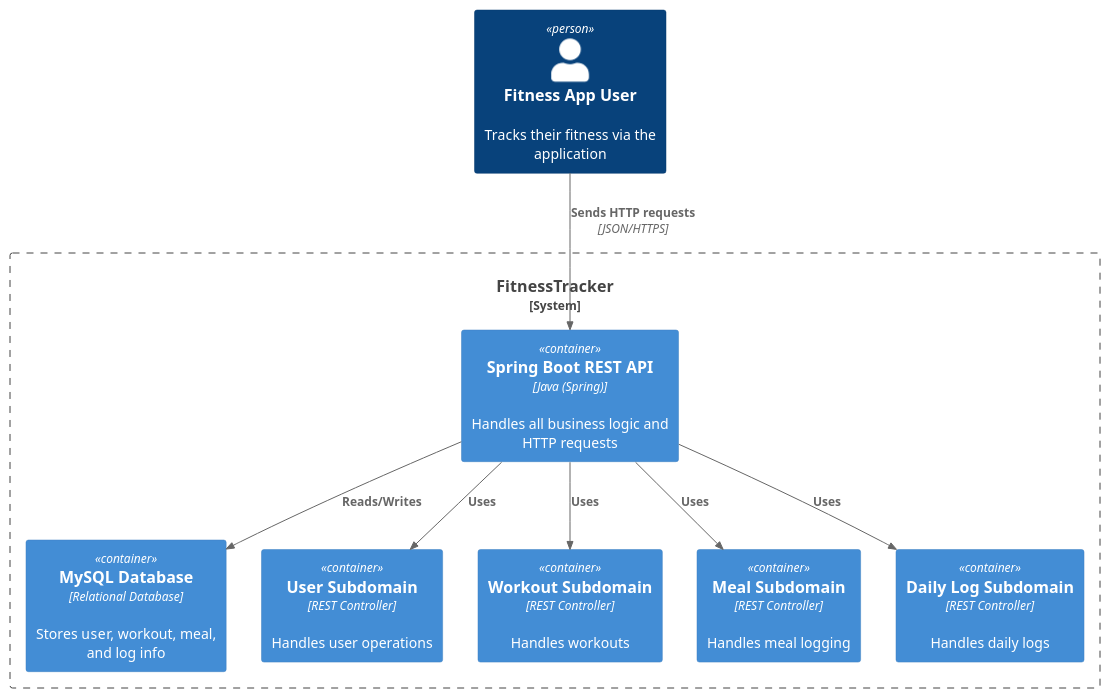
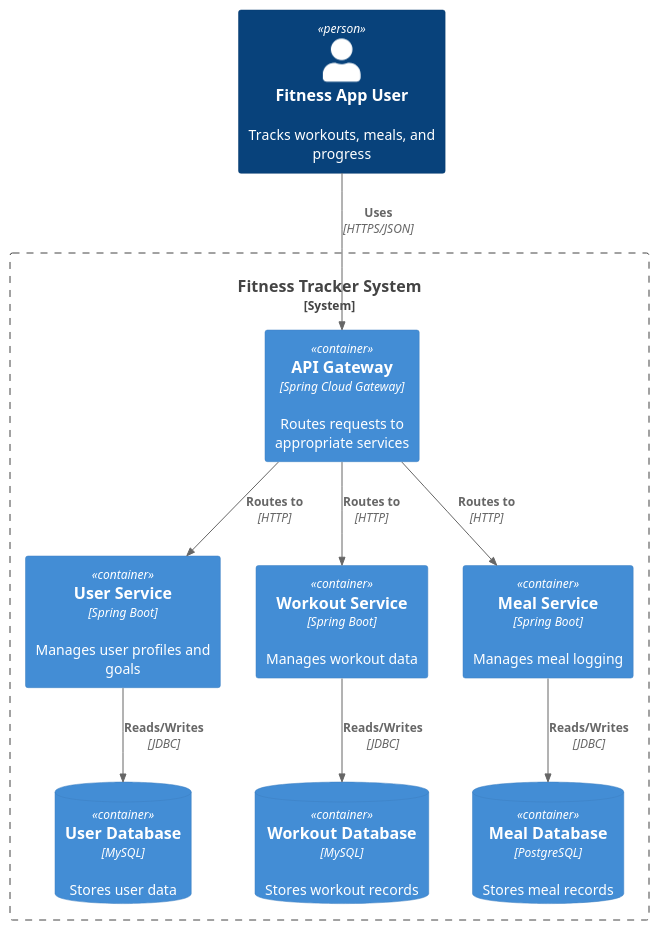
One commit to wolvy27/fitness-tracker changed the diagram in design/c4_l2_fitnesstracker.puml. Above: the diagram before and after it, drawn with PlantUML. The commit also changed 58 other files, not shown here.

```diff
--- a/design/c4_l2_fitnesstracker.puml
+++ b/design/c4_l2_fitnesstracker.puml
@@ -1,26 +1,33 @@
 @startuml C4_Level2_FitnessTracker
 !include https://raw.githubusercontent.com/plantuml-stdlib/C4-PlantUML/master/C4_Container.puml
 
-Person(user, "Fitness App User", "Tracks their fitness via the application")
+Person(user, "Fitness App User", "Tracks workouts, meals, and progress")
 
-System_Boundary(fitnessApp, "FitnessTracker") {
-    Container(webApp, "Spring Boot REST API", "Java (Spring)", "Handles all business logic and HTTP requests")
-    Container(db, "MySQL Database", "Relational Database", "Stores user, workout, meal, and log info")
+System_Boundary(fitnessSystem, "Fitness Tracker System") {
+    Container(apiGateway, "API Gateway", "Spring Cloud Gateway", "Routes requests to appropriate services")
 
-    Container(userController, "User Subdomain", "REST Controller", "Handles user operations")
-    Container(workoutController, "Workout Subdomain", "REST Controller", "Handles workouts")
-    Container(mealController, "Meal Subdomain", "REST Controller", "Handles meal logging")
-    Container(dailyLogController, "Daily Log Subdomain", "REST Controller", "Handles daily logs")
+    Container(userService, "User Service", "Spring Boot", "Manages user profiles and goals")
+    ContainerDb(userDb, "User Database", "MySQL", "Stores user data")
+
+    Container(workoutService, "Workout Service", "Spring Boot", "Manages workout data")
+    ContainerDb(workoutDb, "Workout Database", "MySQL", "Stores workout records")
+
+    Container(mealService, "Meal Service", "Spring Boot", "Manages meal logging")
+    ContainerDb(mealDb, "Meal Database", "PostgreSQL", "Stores meal records")
 }
 
-Rel(user, webApp, "Sends HTTP requests", "JSON/HTTPS")
-Rel(webApp, db, "Reads/Writes")
+' External interactions
+Rel(user, apiGateway, "Uses", "HTTPS/JSON")
 
-Rel(webApp, userController, "Uses")
-Rel(webApp, workoutController, "Uses")
-Rel(webApp, mealController, "Uses")
-Rel(webApp, dailyLogController, "Uses")
+' API Gateway to services
+Rel(apiGateway, userService, "Routes to", "HTTP")
+Rel(apiGateway, workoutService, "Routes to", "HTTP")
+Rel(apiGateway, mealService, "Routes to", "HTTP")
 
+' Services to their databases
+Rel(userService, userDb, "Reads/Writes", "JDBC")
+Rel(workoutService, workoutDb, "Reads/Writes", "JDBC")
+Rel(mealService, mealDb, "Reads/Writes", "JDBC")
 
 
 @enduml
```
